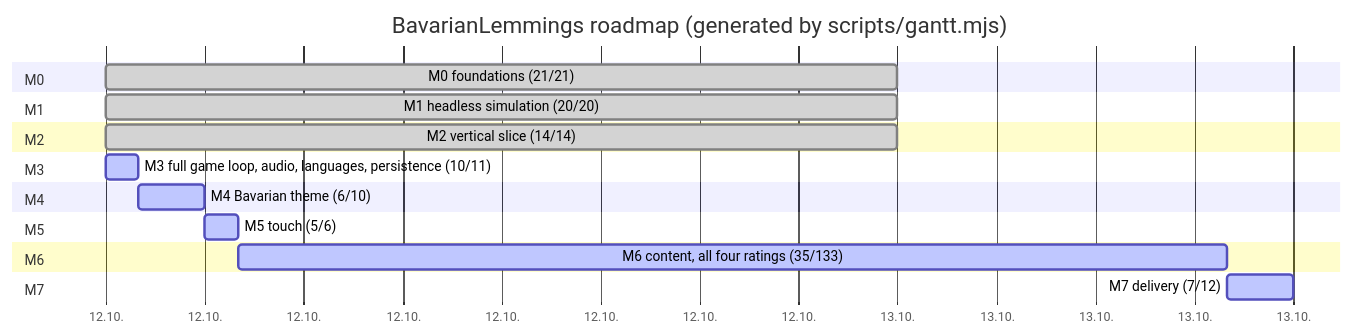
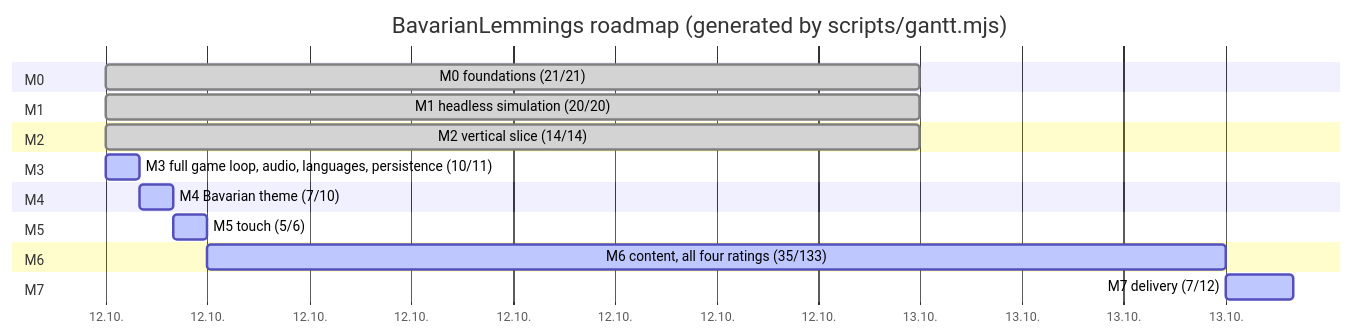
The diagram in plan.md (marcelpetrick/BavarianLemmings), drawn with Mermaid before and after one commit. The commit also changed other lines of this file and 6 other files, not shown here.

````diff
--- a/plan.md
+++ b/plan.md
@@ -43,22 +43,22 @@
 ```mermaid
 gantt
     title BavarianLemmings roadmap (generated by scripts/gantt.mjs)
     dateFormat  YYYY-MM-DD
     axisFormat  %d.%m.
     section M0
     M0 foundations (21/21) :done, m0, 2026-10-12, 1d
     section M1
     M1 headless simulation (20/20) :done, m1, 2026-10-12, 1d
     section M2
     M2 vertical slice (14/14) :done, m2, 2026-10-12, 1d
     section M3
     M3 full game loop, audio, languages, persistence (10/11) :active, m3, 2026-10-12, 1h
     section M4
-    M4 Bavarian theme (6/10) :active, m4, after m3, 2h
+    M4 Bavarian theme (7/10) :active, m4, after m3, 1h
     section M5
     M5 touch (5/6) :active, m5, after m4, 1h
     section M6
     M6 content, all four ratings (35/133) :active, m6, after m5, 30h
     section M7
     M7 delivery (7/12) :active, m7, after m6, 2h
 ```
````
